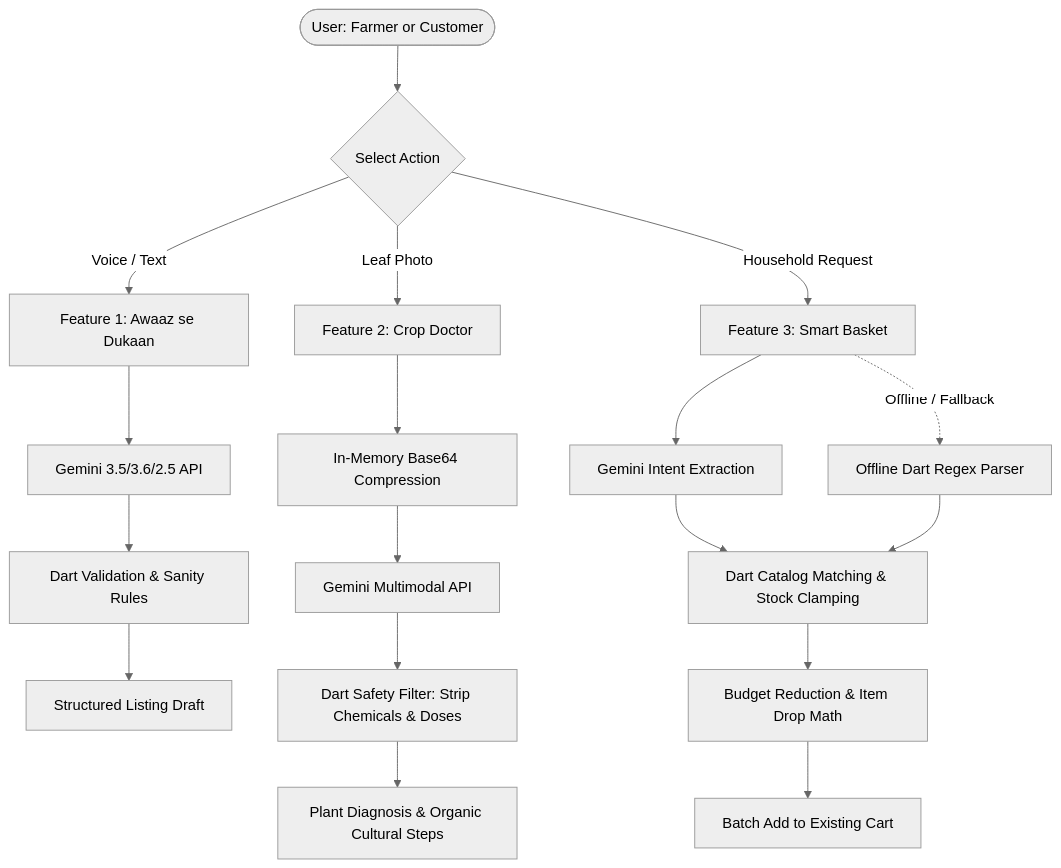
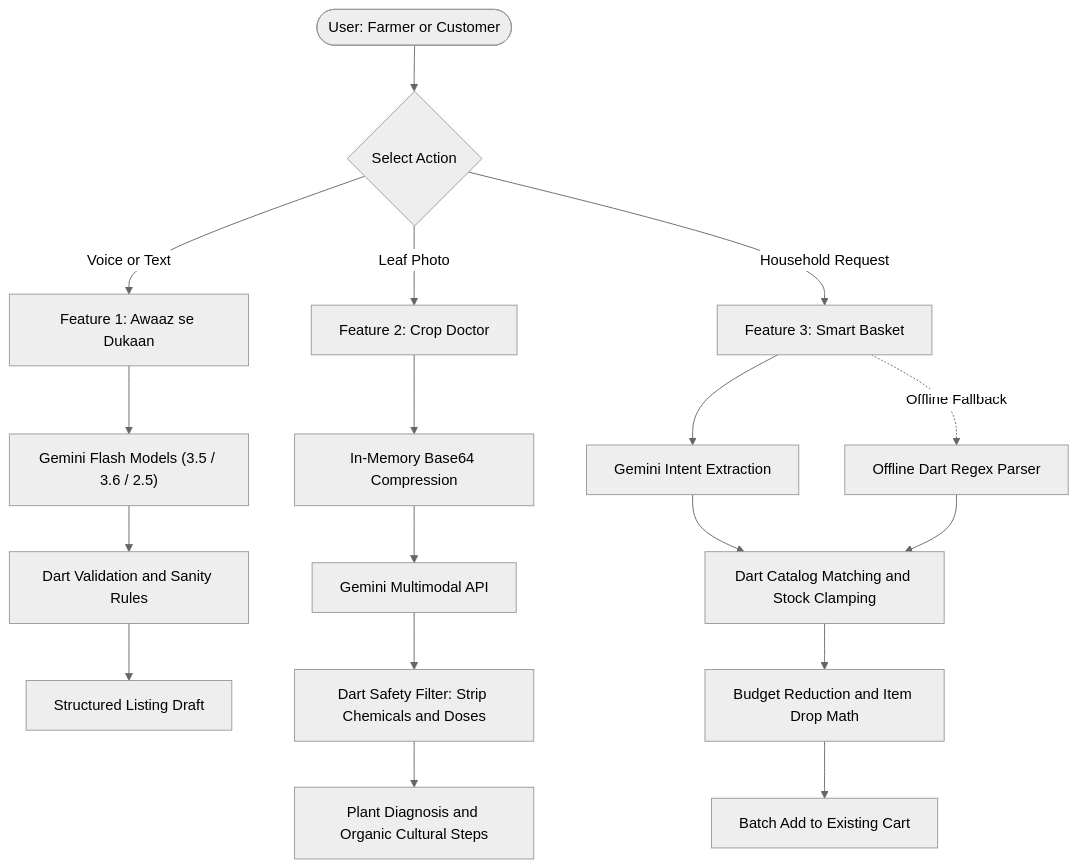
One commit to hani-afzal-dev/harvesthub-flutter-app changed the diagram in README.md. Above: the diagram before and after it, drawn with Mermaid (neutral theme).

Commit message:
fix(docs): resolve GitHub Mermaid diagram syntax errors and infinite loading

````diff
--- a/README.md
+++ b/README.md
@@ -54,26 +54,26 @@
 ```mermaid
 flowchart TD
-    User([User: Farmer or Customer]) --> Choice{Select Action}
+    User(["User: Farmer or Customer"]) --> Choice{"Select Action"}
     
     %% Feature 1
-    Choice -->|Voice / Text| F1[Feature 1: Awaaz se Dukaan]
-    F1 --> G1[Gemini 3.5/3.6/2.5 API]
-    G1 --> P1[Dart Validation & Sanity Rules]
-    P1 --> D1[Structured Listing Draft]
+    Choice -->|Voice or Text| F1["Feature 1: Awaaz se Dukaan"]
+    F1 --> G1["Gemini Flash Models (3.5 / 3.6 / 2.5)"]
+    G1 --> P1["Dart Validation and Sanity Rules"]
+    P1 --> D1["Structured Listing Draft"]
     
     %% Feature 2
-    Choice -->|Leaf Photo| F2[Feature 2: Crop Doctor]
-    F2 --> IMG[In-Memory Base64 Compression]
-    IMG --> G2[Gemini Multimodal API]
-    G2 --> SEC[Dart Safety Filter: Strip Chemicals & Doses]
-    SEC --> DIAG[Plant Diagnosis & Organic Cultural Steps]
+    Choice -->|Leaf Photo| F2["Feature 2: Crop Doctor"]
+    F2 --> IMG["In-Memory Base64 Compression"]
+    IMG --> G2["Gemini Multimodal API"]
+    G2 --> SEC["Dart Safety Filter: Strip Chemicals and Doses"]
+    SEC --> DIAG["Plant Diagnosis and Organic Cultural Steps"]
     
     %% Feature 3
-    Choice -->|Household Request| F3[Feature 3: Smart Basket]
-    F3 --> G3[Gemini Intent Extraction]
-    F3 -.->|Offline / Fallback| FB3[Offline Dart Regex Parser]
-    G3 --> MATH[Dart Catalog Matching & Stock Clamping]
+    Choice -->|Household Request| F3["Feature 3: Smart Basket"]
+    F3 --> G3["Gemini Intent Extraction"]
+    F3 -.->|Offline Fallback| FB3["Offline Dart Regex Parser"]
+    G3 --> MATH["Dart Catalog Matching and Stock Clamping"]
     FB3 --> MATH
-    MATH --> BUD[Budget Reduction & Item Drop Math]
-    BUD --> CART[Batch Add to Existing Cart]
+    MATH --> BUD["Budget Reduction and Item Drop Math"]
+    BUD --> CART["Batch Add to Existing Cart"]
 ```
````
